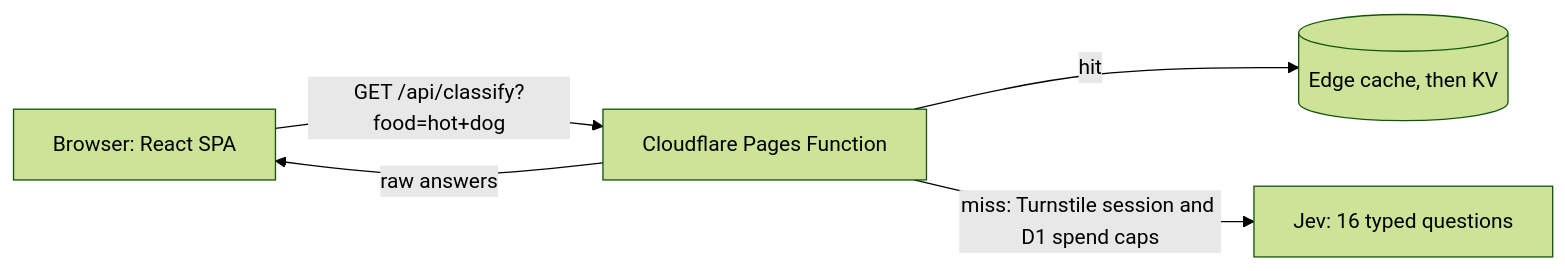
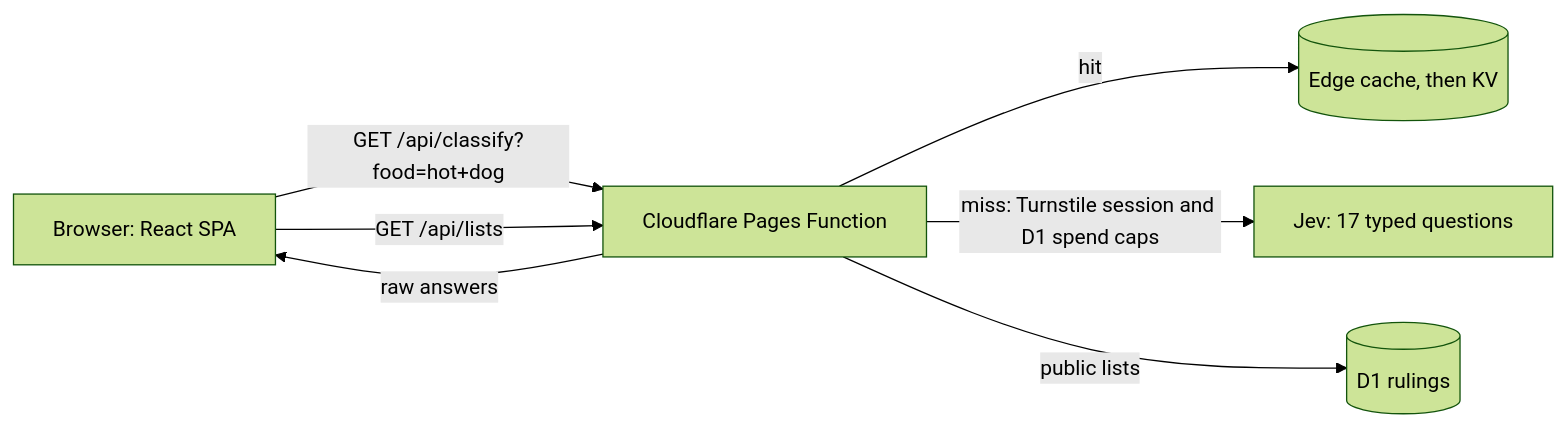
The diagram in README.md (ctsstc/typesafe-ai-cube-rule), drawn with Mermaid (forest theme) before and after one commit. The commit also changed other lines of this file, not shown here.

````diff
--- a/README.md
+++ b/README.md
@@ -23,7 +23,9 @@
 ```mermaid
 flowchart LR
   spa[Browser: React SPA] -- "GET /api/classify?food=hot+dog" --> fn[Cloudflare Pages Function]
   fn -- "hit" --> cache[(Edge cache, then KV)]
-  fn -- "miss: Turnstile session and D1 spend caps" --> jev[Jev: 16 typed questions]
+  fn -- "miss: Turnstile session and D1 spend caps" --> jev[Jev: 17 typed questions]
   fn -- "raw answers" --> spa
+  spa -- "GET /api/lists" --> fn
+  fn -- "public lists" --> d1[(D1 rulings)]
 ```
````
